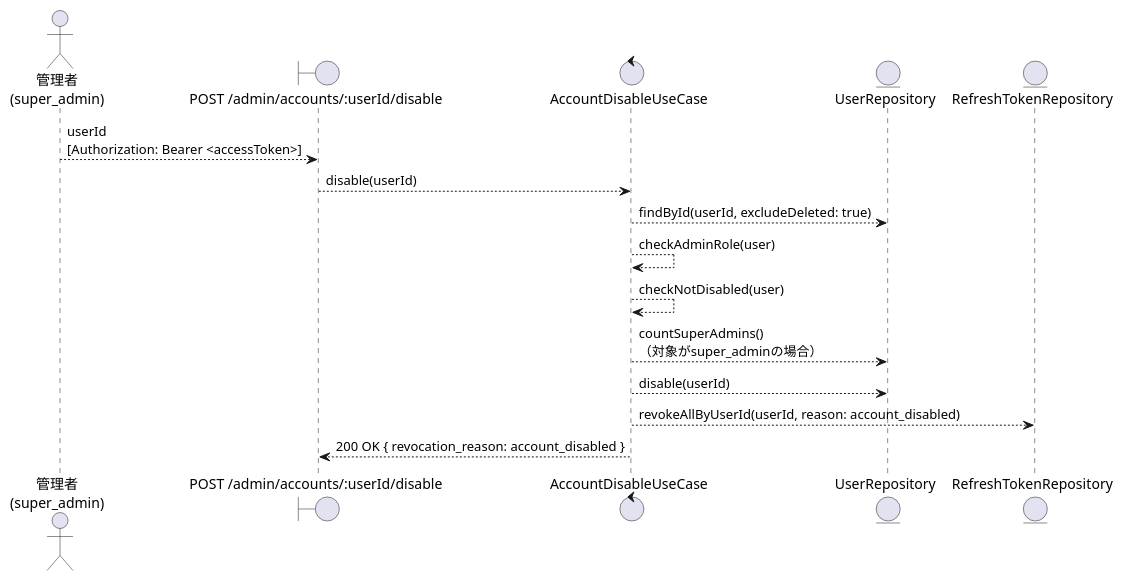
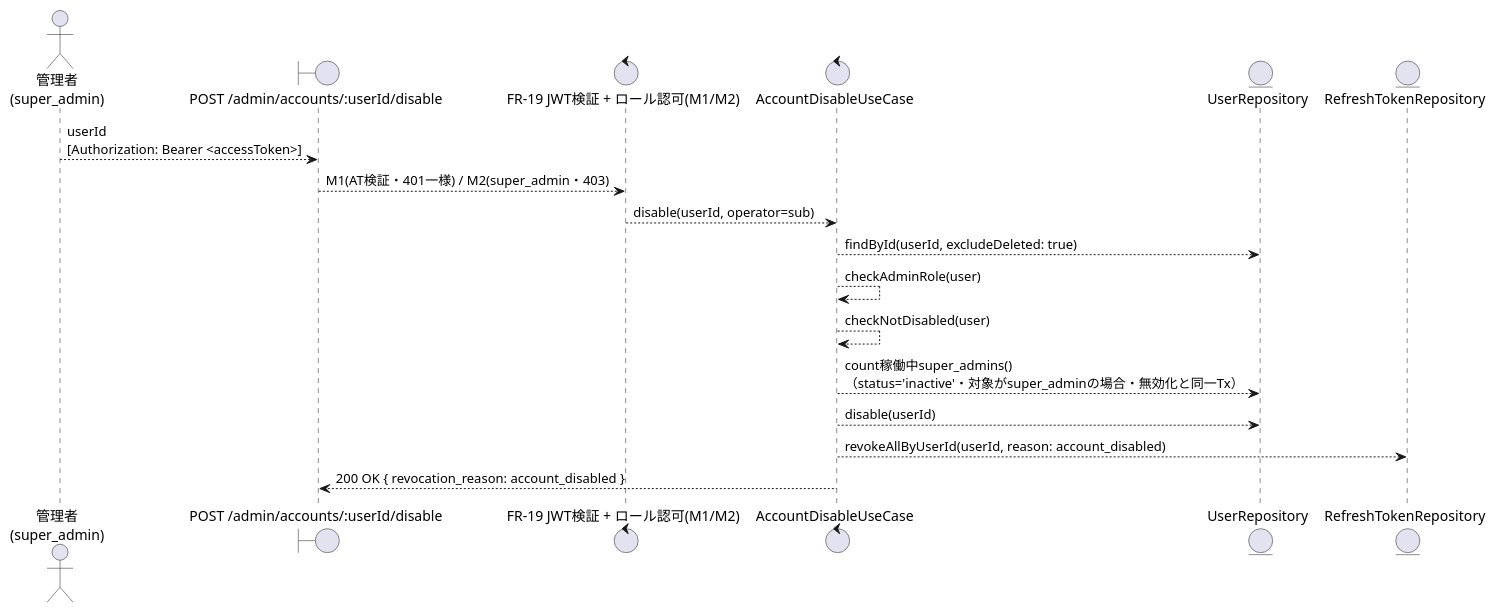
One commit to suunet/POC_HYDRA_AUTH changed the first of 2 diagrams in .docs/design/buc/BUC-A04.md. Above: the diagram before and after it, drawn with PlantUML. The commit also changed other lines of this file and 4 other files, not shown here.

Commit message:
docs(T-020): cycle 1 - BUC-A04/A05是正(M1/M2認可・E1形式不正注記・CND-14稼働中super_admin述語・遷移元ガード・TOCTOU単一Tx・図追従)とUC-014/UC-015仕様起草

````diff
--- a/.docs/design/buc/BUC-A04.md
+++ b/.docs/design/buc/BUC-A04.md
@@ -84,27 +95,29 @@
 ```plantuml
 @startuml
 skinparam componentStyle rectangle
 skinparam backgroundColor White
 
 actor "管理者\n(super_admin)" as 管理者
 
 boundary "POST /admin/accounts/:userId/disable" as 無効化API
+control "FR-19 JWT検証 + ロール認可(M1/M2)" as 認可MW
 control "AccountDisableUseCase" as ユースケース
 entity "UserRepository" as ユーザーRepo
 entity "RefreshTokenRepository" as リフレッシュトークンRepo
 
 管理者 --> 無効化API : userId\n[Authorization: Bearer <accessToken>]
 
-無効化API --> ユースケース : disable(userId)
+無効化API --> 認可MW : M1(AT検証・401一様) / M2(super_admin・403)
+認可MW --> ユースケース : disable(userId, operator=sub)
 
 ユースケース --> ユーザーRepo : findById(userId, excludeDeleted: true)
 ユースケース --> ユースケース : checkAdminRole(user)
 ユースケース --> ユースケース : checkNotDisabled(user)
-ユースケース --> ユーザーRepo : countSuperAdmins()\n（対象がsuper_adminの場合）
+ユースケース --> ユーザーRepo : count稼働中super_admins()\n（status='inactive'・対象がsuper_adminの場合・無効化と同一Tx）
 ユースケース --> ユーザーRepo : disable(userId)
 ユースケース --> リフレッシュトークンRepo : revokeAllByUserId(userId, reason: account_disabled)
 
 無効化API <-- ユースケース : 200 OK { revocation_reason: account_disabled }
 
 @enduml
 ```
````
